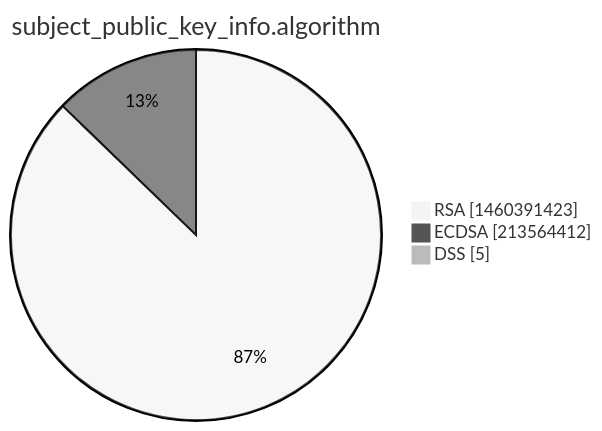
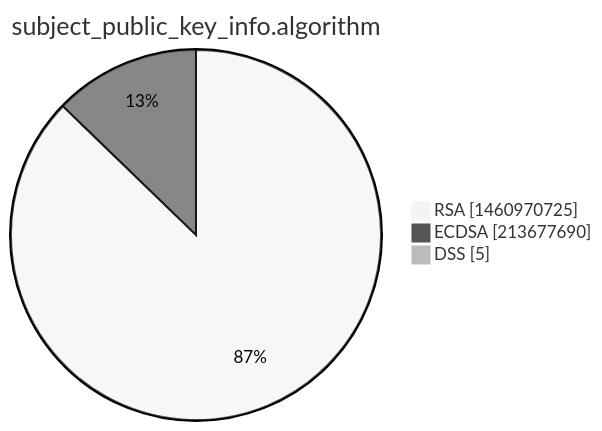
Before and after one commit to christiankrug/ctmonitor_visualization: the third of 15 diagrams in xenon2022/README.md, drawn with Mermaid (neutral theme). The commit also changed other lines of this file, not shown here.

````diff
--- a/xenon2022/README.md
+++ b/xenon2022/README.md
@@ -14,7 +14,7 @@
 ```mermaid
 pie showData
 title subject_public_key_info.algorithm
-"RSA" :1460391423
-"ECDSA" :213564412
+"RSA" :1460970725
+"ECDSA" :213677690
 "DSS" :5
 ```
````
